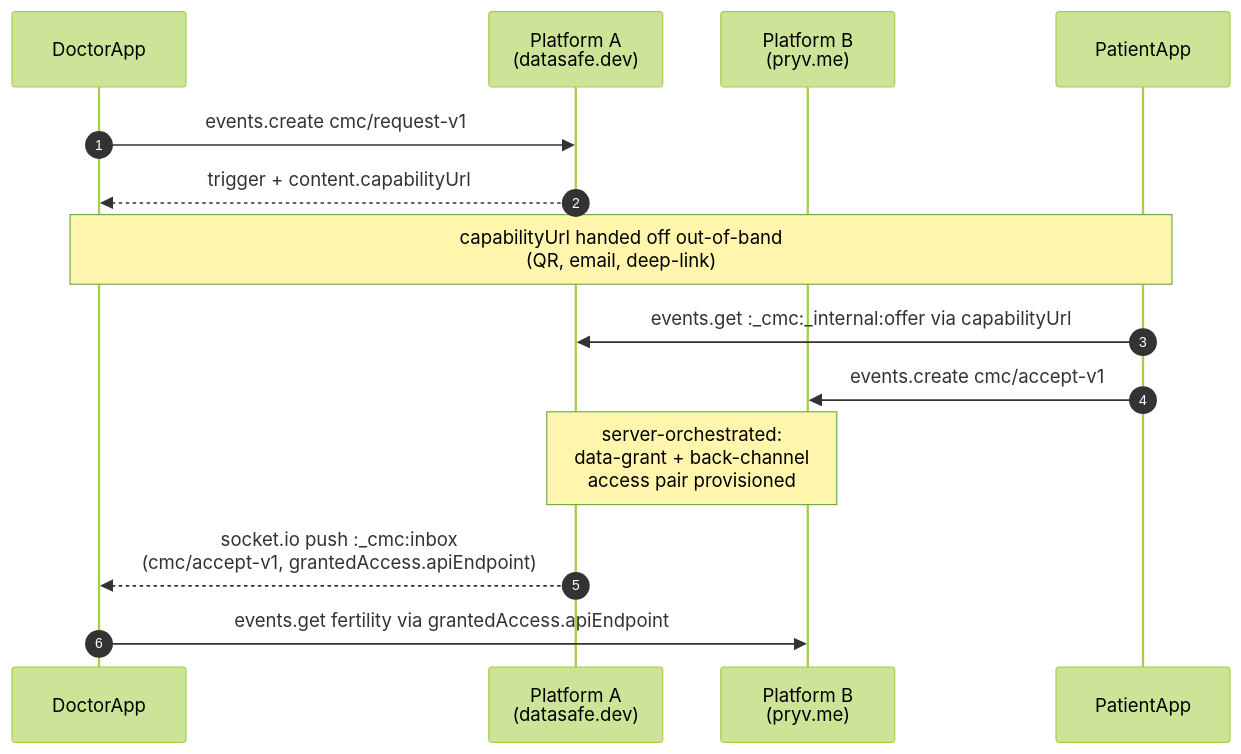
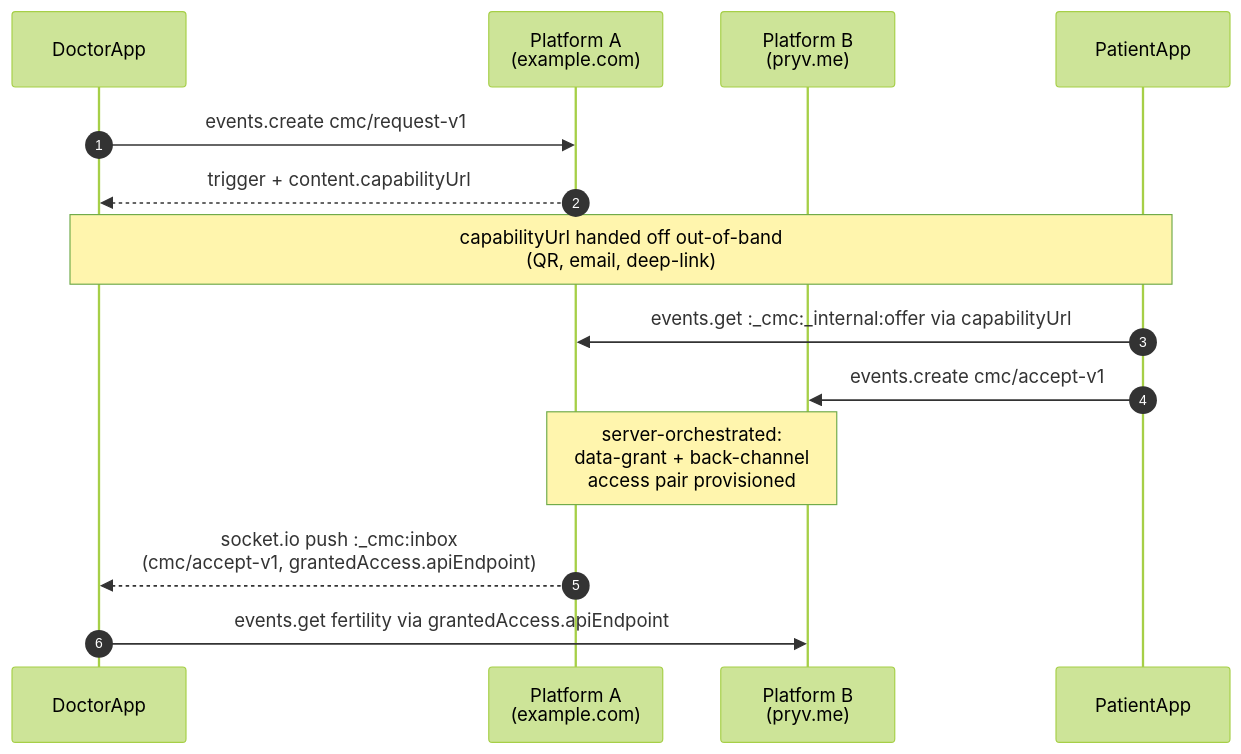
One commit to pryv/open-pryv.io changed the first of 5 diagrams in components/cmc/IMPLEMENTERS-GUIDE.md. Above: the diagram before and after it, drawn with Mermaid (forest theme). The commit also changed other lines of this file and 20 other files, not shown here.

````diff
--- a/components/cmc/IMPLEMENTERS-GUIDE.md
+++ b/components/cmc/IMPLEMENTERS-GUIDE.md
@@ -101,17 +101,17 @@
 ```mermaid
 sequenceDiagram
     autonumber
     participant DoctorApp
-    participant PlatformA as Platform A<br/>(datasafe.dev)
+    participant PlatformA as Platform A<br/>(example.com)
     participant PlatformB as Platform B<br/>(pryv.me)
     participant PatientApp
 
     DoctorApp->>PlatformA: events.create cmc/request-v1
     PlatformA-->>DoctorApp: trigger + content.capabilityUrl
     Note over DoctorApp,PatientApp: capabilityUrl handed off out-of-band<br/>(QR, email, deep-link)
     PatientApp->>PlatformA: events.get :_cmc:_internal:offer via capabilityUrl
     PatientApp->>PlatformB: events.create cmc/accept-v1
     Note over PlatformA,PlatformB: server-orchestrated:<br/>data-grant + back-channel<br/>access pair provisioned
     PlatformA-->>DoctorApp: socket.io push :_cmc:inbox<br/>(cmc/accept-v1, grantedAccess.apiEndpoint)
     DoctorApp->>PlatformB: events.get fertility via grantedAccess.apiEndpoint
 ```
````
